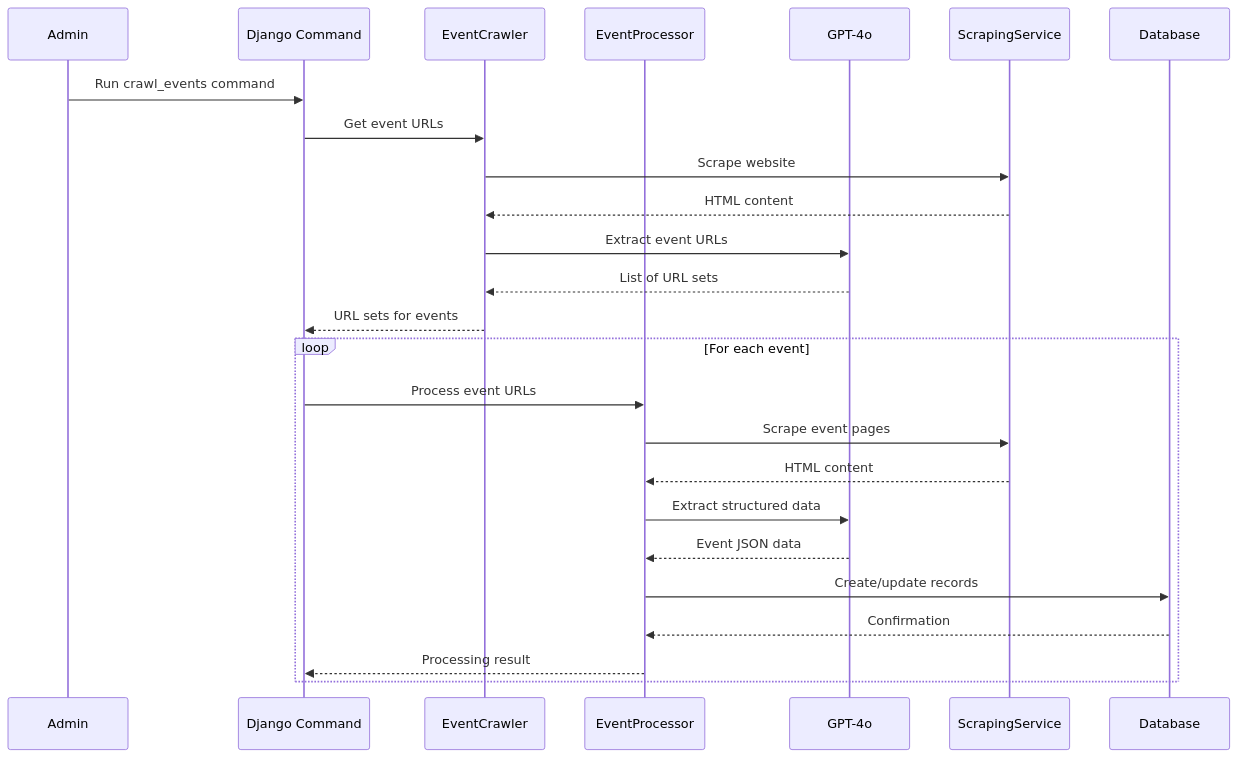
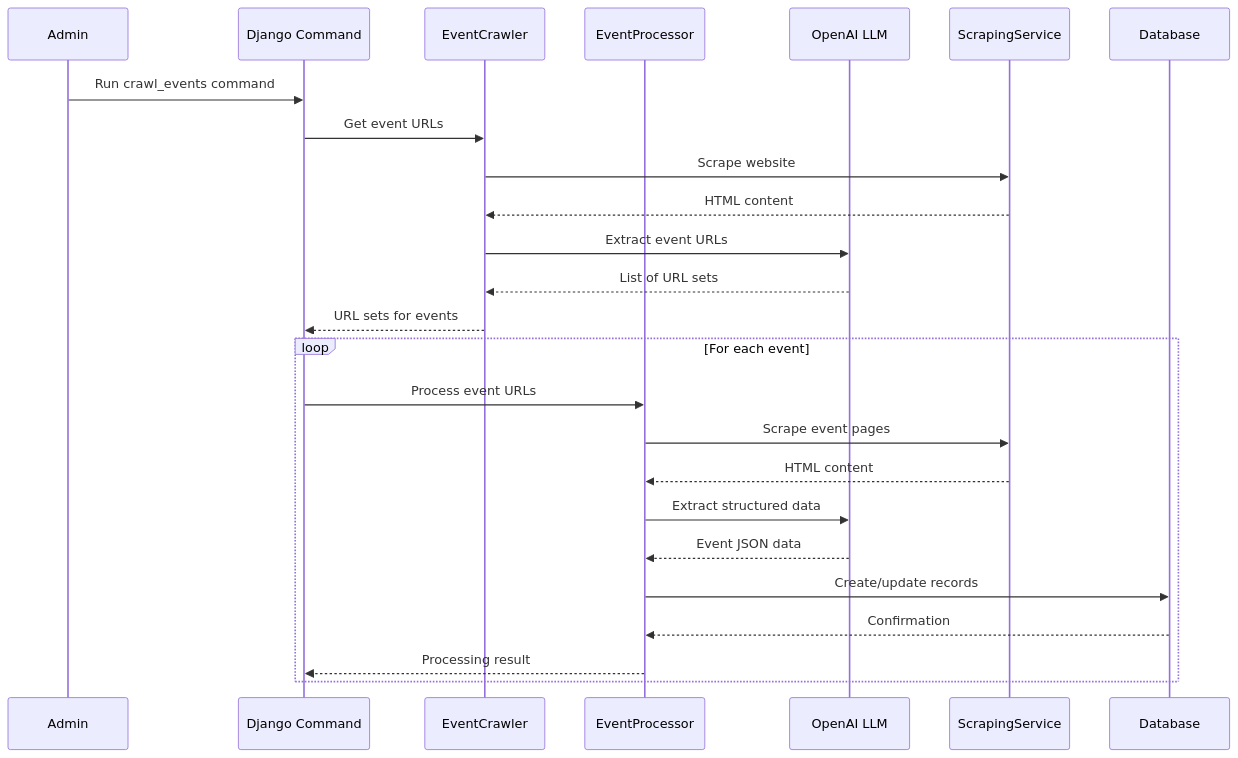
The seventh of 13 diagrams in memory-bank/systemPatterns.md (silvanm/owswims), drawn with Mermaid before and after one commit. The commit also changed other lines of this file and 3 other files, not shown here.

Commit message:
Update memory bank to use generic OpenAI model references instead of GPT-4o

````diff
--- a/memory-bank/systemPatterns.md
+++ b/memory-bank/systemPatterns.md
@@ -219,29 +219,29 @@
 ```mermaid
 sequenceDiagram
     participant Admin
     participant Command as Django Command
     participant Crawler as EventCrawler
     participant Processor as EventProcessor
-    participant LLM as GPT-4o
+    participant LLM as OpenAI LLM
     participant Scraper as ScrapingService
     participant DB as Database
     
     Admin->>Command: Run crawl_events command
     Command->>Crawler: Get event URLs
     Crawler->>Scraper: Scrape website
     Scraper-->>Crawler: HTML content
     Crawler->>LLM: Extract event URLs
     LLM-->>Crawler: List of URL sets
     Crawler-->>Command: URL sets for events
     
     loop For each event
         Command->>Processor: Process event URLs
         Processor->>Scraper: Scrape event pages
         Scraper-->>Processor: HTML content
         Processor->>LLM: Extract structured data
         LLM-->>Processor: Event JSON data
         Processor->>DB: Create/update records
         DB-->>Processor: Confirmation
         Processor-->>Command: Processing result
     end
 ```
````
